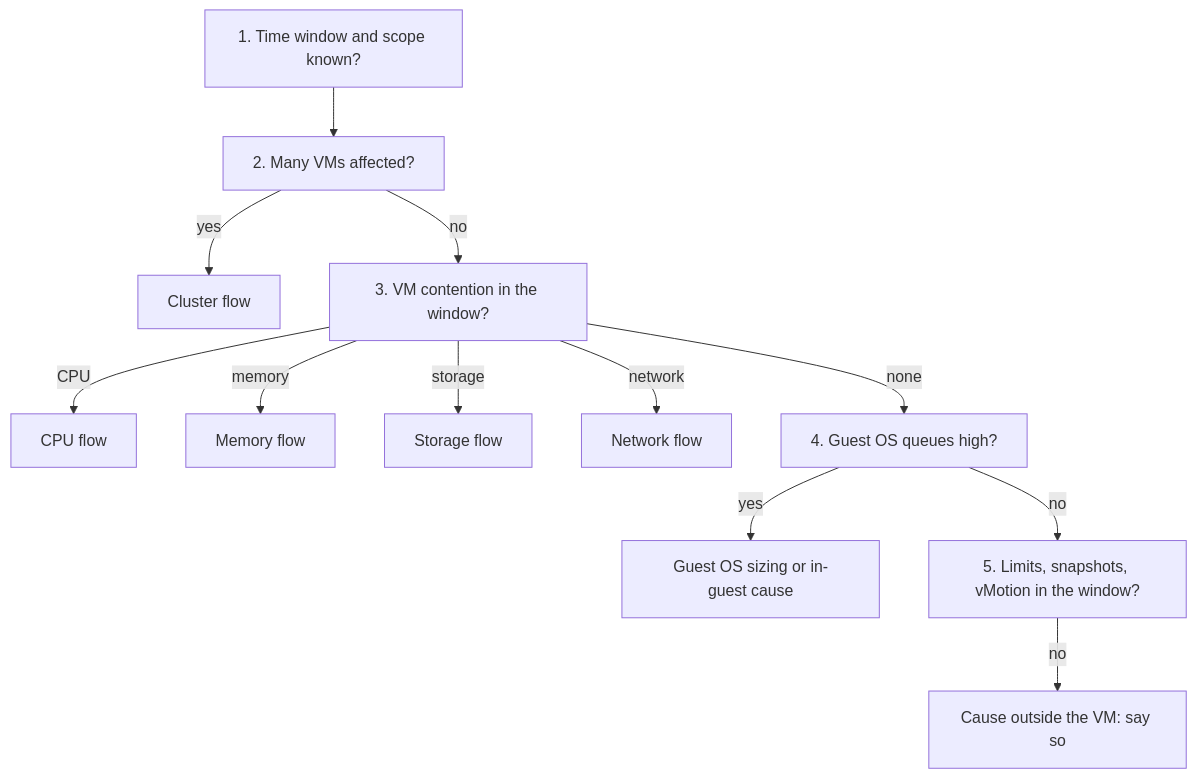
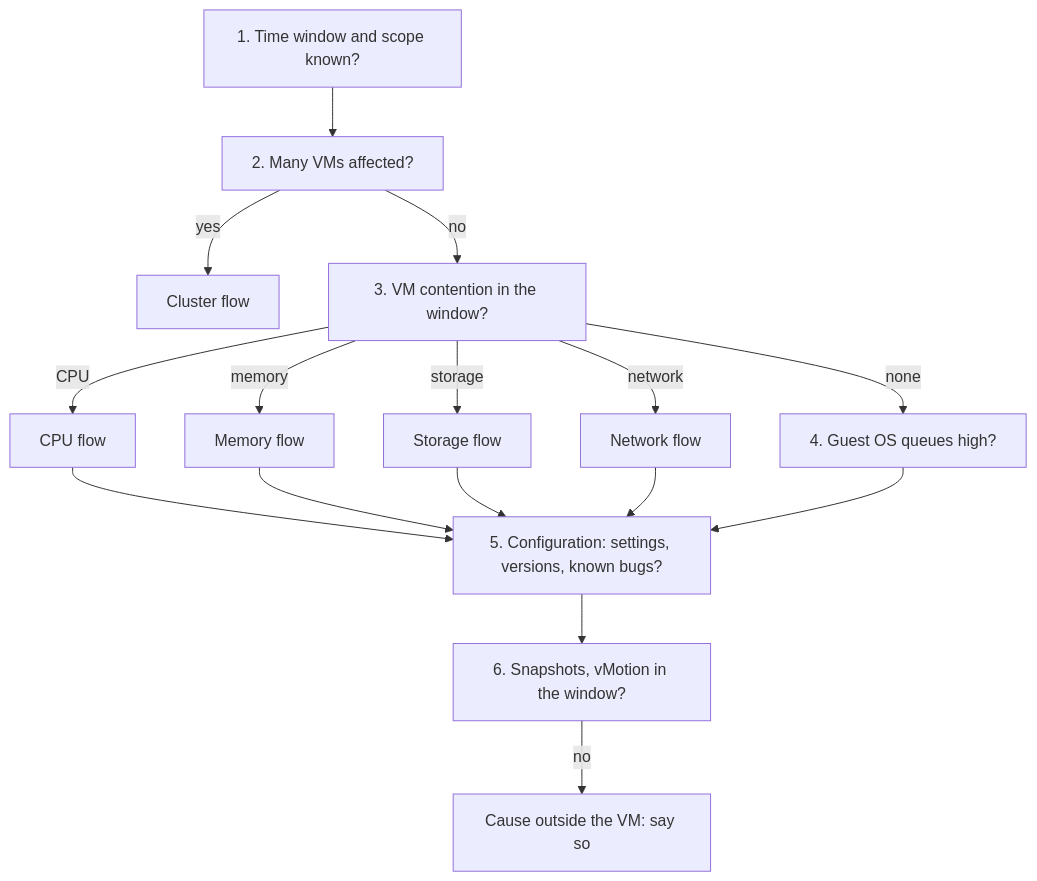
Before and after one commit to e1-rahabok/agent-e2: the diagram in knowledge/operations-management/performance/troubleshooting/vm-slow-triage.md, drawn with Mermaid. The commit also changed other lines of this file and 11 other files, not shown here.

````diff
--- a/knowledge/operations-management/performance/troubleshooting/vm-slow-triage.md
+++ b/knowledge/operations-management/performance/troubleshooting/vm-slow-triage.md
@@ -8,14 +8,15 @@
 ```mermaid
 flowchart TD
   S1[1. Time window and scope known?] --> S2[2. Many VMs affected?]
   S2 -->|yes| E2[Cluster flow]
   S2 -->|no| S3[3. VM contention in the window?]
   S3 -->|CPU| E3a[CPU flow]
   S3 -->|memory| E3b[Memory flow]
   S3 -->|storage| E3c[Storage flow]
   S3 -->|network| E3d[Network flow]
   S3 -->|none| S4[4. Guest OS queues high?]
-  S4 -->|yes| E4[Guest OS sizing or in-guest cause]
-  S4 -->|no| S5[5. Limits, snapshots, vMotion in the window?]
-  S5 -->|no| E5[Cause outside the VM: say so]
+  E3a & E3b & E3c & E3d --> S5
+  S4 --> S5[5. Configuration: settings, versions, known bugs?]
+  S5 --> S6[6. Snapshots, vMotion in the window?]
+  S6 -->|no| E6[Cause outside the VM: say so]
 ```
````
